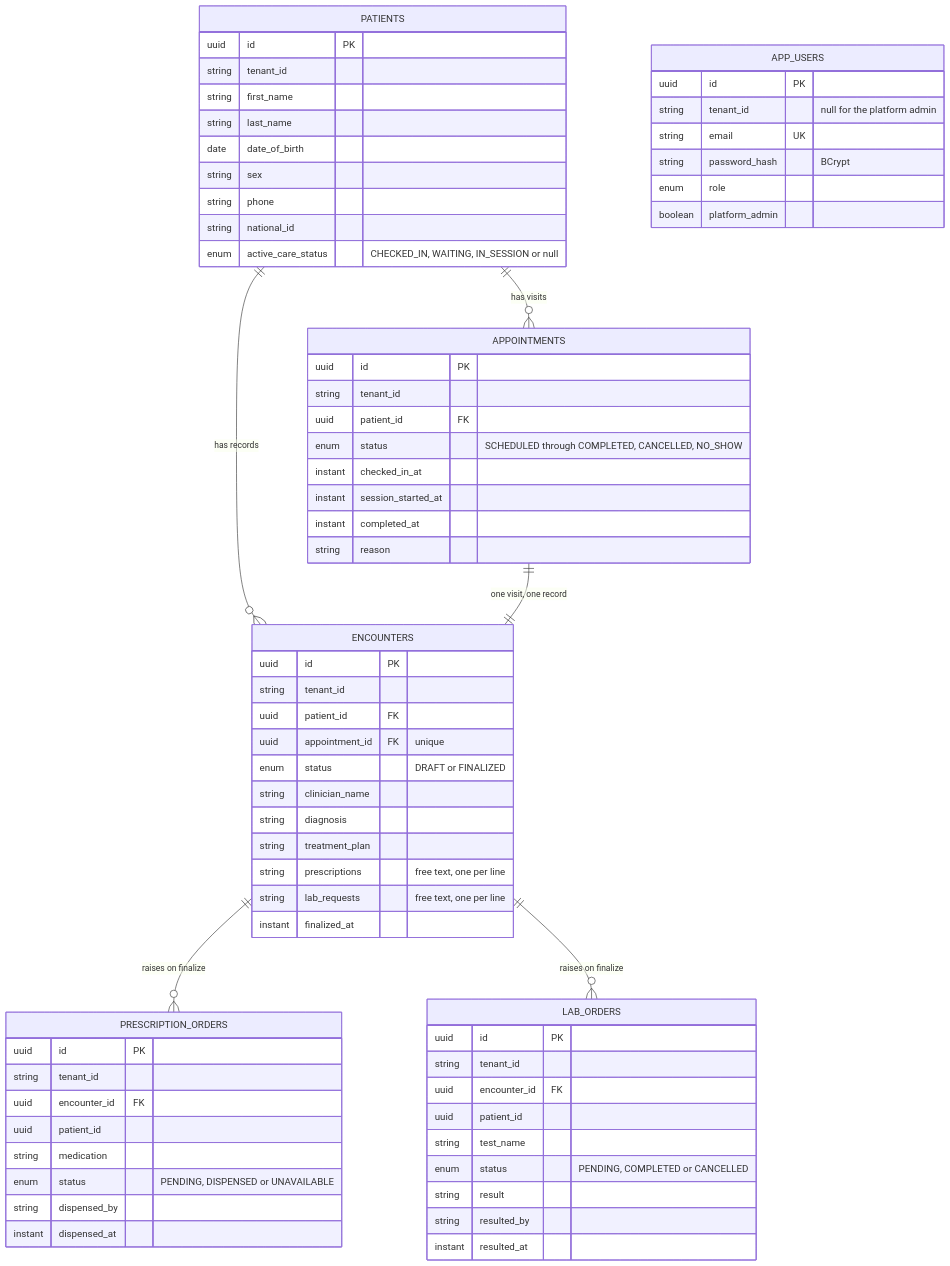
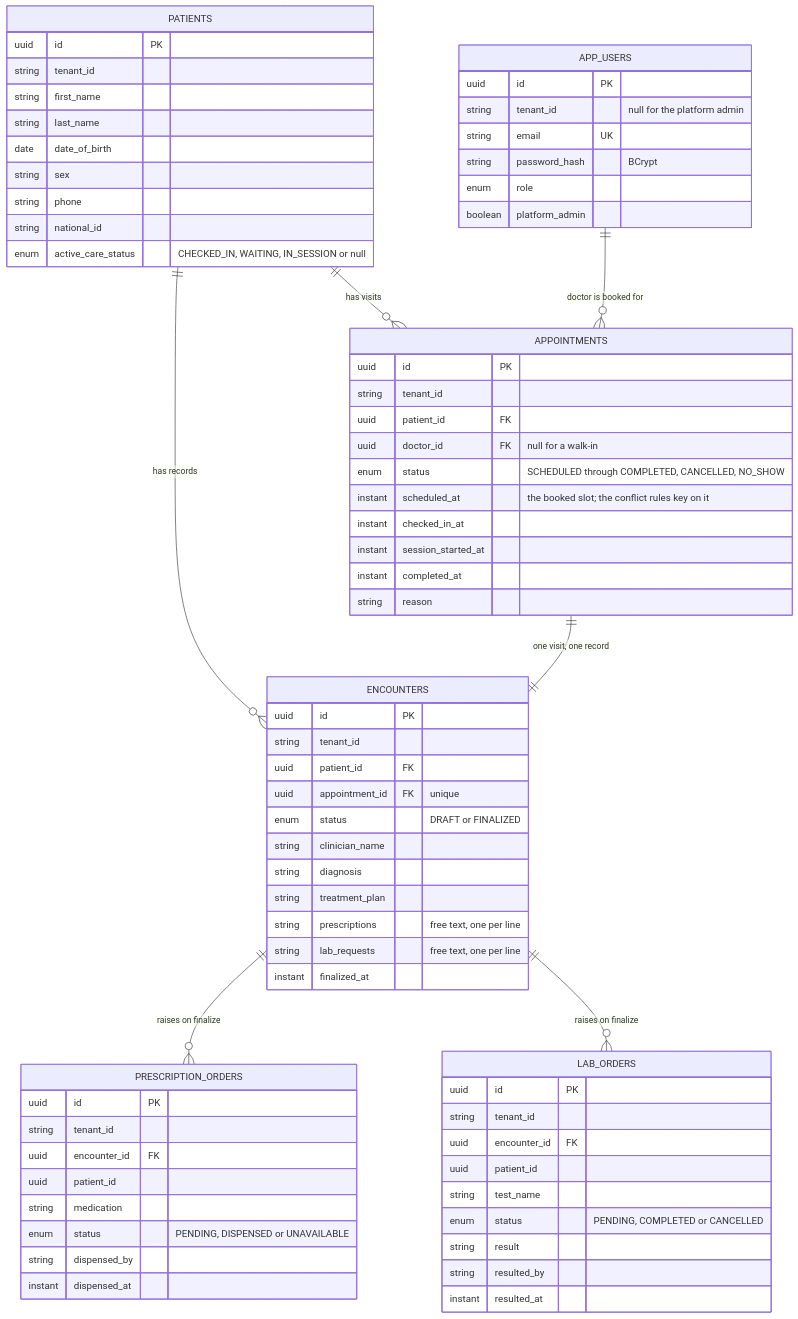
The second of 7 diagrams in docs/architecture.md (hadijahkyampeire/eClinician), drawn with Mermaid before and after one commit. The commit also changed other lines of this file and 5 other files, not shown here.

First line of the commit message:
make the diagrams show the system that exists, and write the defence down

````diff
--- a/docs/architecture.md
+++ b/docs/architecture.md
@@ -74,72 +74,75 @@
 ```mermaid
 erDiagram
     PATIENTS ||--o{ APPOINTMENTS : "has visits"
     PATIENTS ||--o{ ENCOUNTERS : "has records"
+    APP_USERS ||--o{ APPOINTMENTS : "doctor is booked for"
     APPOINTMENTS ||--|| ENCOUNTERS : "one visit, one record"
     ENCOUNTERS ||--o{ PRESCRIPTION_ORDERS : "raises on finalize"
     ENCOUNTERS ||--o{ LAB_ORDERS : "raises on finalize"
 
     PATIENTS {
         uuid id PK
         string tenant_id
         string first_name
         string last_name
         date date_of_birth
         string sex
         string phone
         string national_id
         enum active_care_status "CHECKED_IN, WAITING, IN_SESSION or null"
     }
     APPOINTMENTS {
         uuid id PK
         string tenant_id
         uuid patient_id FK
+        uuid doctor_id FK "null for a walk-in"
         enum status "SCHEDULED through COMPLETED, CANCELLED, NO_SHOW"
+        instant scheduled_at "the booked slot; the conflict rules key on it"
         instant checked_in_at
         instant session_started_at
         instant completed_at
         string reason
     }
     ENCOUNTERS {
         uuid id PK
         string tenant_id
         uuid patient_id FK
         uuid appointment_id FK "unique"
         enum status "DRAFT or FINALIZED"
         string clinician_name
         string diagnosis
         string treatment_plan
         string prescriptions "free text, one per line"
         string lab_requests "free text, one per line"
         instant finalized_at
     }
     PRESCRIPTION_ORDERS {
         uuid id PK
         string tenant_id
         uuid encounter_id FK
         uuid patient_id
         string medication
         enum status "PENDING, DISPENSED or UNAVAILABLE"
         string dispensed_by
         instant dispensed_at
     }
     LAB_ORDERS {
         uuid id PK
         string tenant_id
         uuid encounter_id FK
         uuid patient_id
         string test_name
         enum status "PENDING, COMPLETED or CANCELLED"
         string result
         string resulted_by
         instant resulted_at
     }
     APP_USERS {
         uuid id PK
         string tenant_id "null for the platform admin"
         string email UK
         string password_hash "BCrypt"
         enum role
         boolean platform_admin
     }
 ```
````
